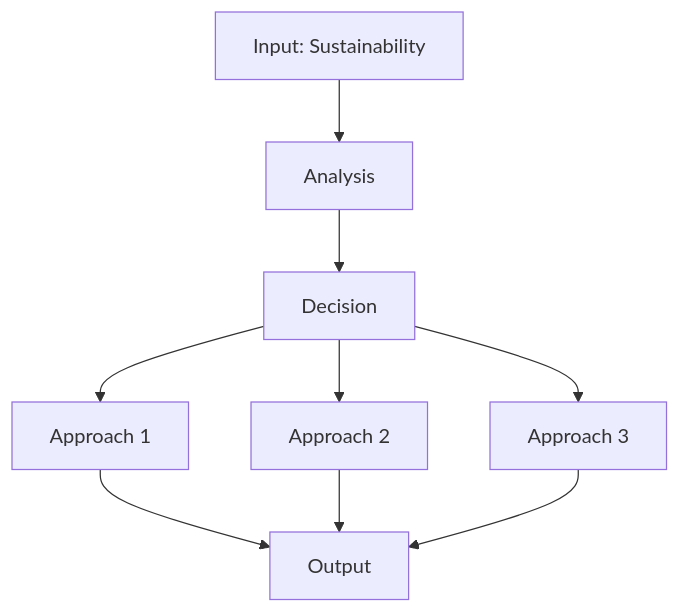
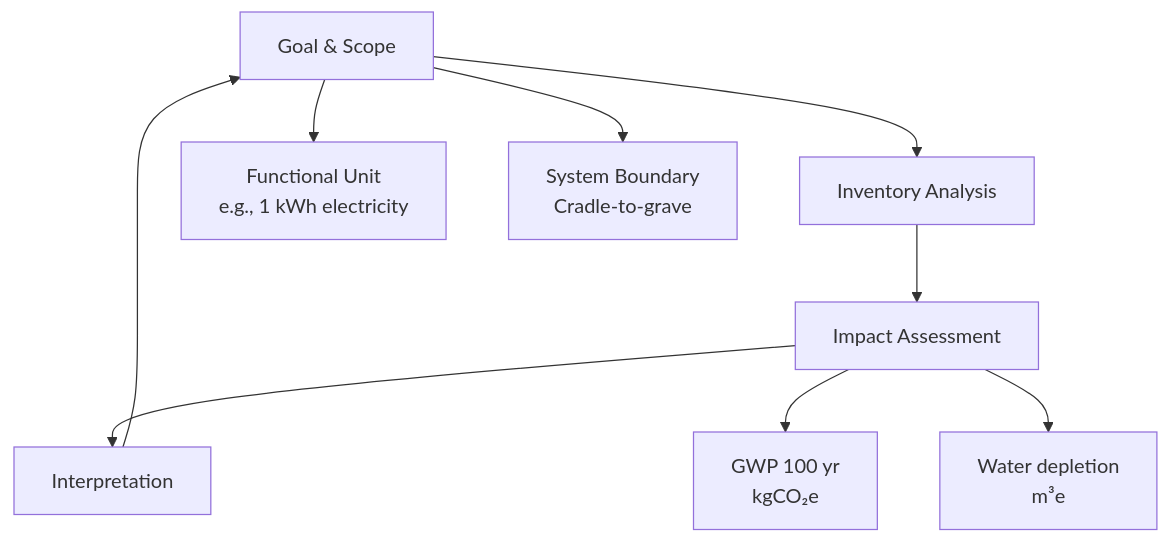
One commit to yip-lgtm/civil-bootcamp changed the second of 2 diagrams in MIT_CEE_Core/Track_3_Energy_Transportation_Societal_Systems/Transportation_Urban_Systems/02_1.020_Engineering_Sustainability.md. Above: the diagram before and after it, drawn with Mermaid. The commit also changed other lines of this file and 21 other files, not shown here.

````diff
--- a/MIT_CEE_Core/Track_3_Energy_Transportation_Societal_Systems/Transportation_Urban_Systems/02_1.020_Engineering_Sustainability.md
+++ b/MIT_CEE_Core/Track_3_Energy_Transportation_Societal_Systems/Transportation_Urban_Systems/02_1.020_Engineering_Sustainability.md
@@ -364,11 +181,11 @@
 ```mermaid
 graph TD
-    A[Input: Sustainability] --> B[Analysis]
-    B --> C[Decision]
-    C --> D[Approach 1]
-    C --> E[Approach 2]
-    C --> F[Approach 3]
-    D --> G[Output]
-    E --> G
-    F --> G
+    A[Goal & Scope] --> B[Inventory Analysis]
+    B --> C[Impact Assessment]
+    C --> D[Interpretation]
+    D --> A
+    A --> E[Functional Unit<br/>e.g., 1 kWh electricity]
+    A --> F[System Boundary<br/>Cradle-to-grave]
+    C --> G[GWP 100 yr<br/>kgCO₂e]
+    C --> H[Water depletion<br/>m³e]
 ```
````
